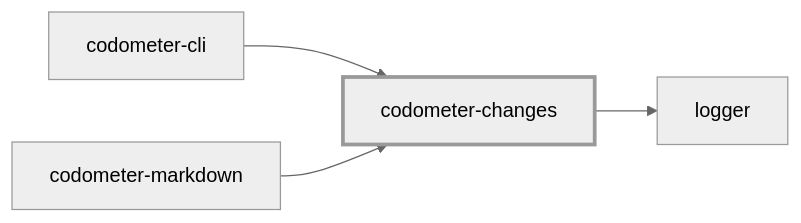
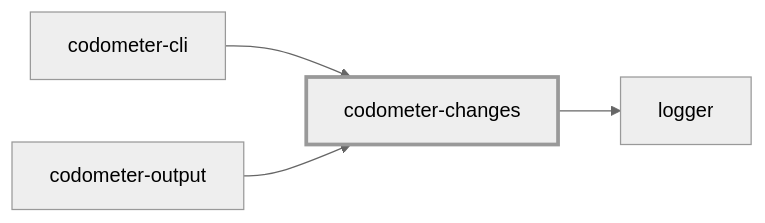
One commit to JimmyPaolini/codebase changed the first of 2 diagrams in packages/codometer-changes/README.md. Above: the diagram before and after it, drawn with Mermaid (neutral theme). The commit also changed 63 other files, not shown here.

Commit message:
feat(codometer): ✨ consolidate output rendering into codometer-output

````diff
--- a/packages/codometer-changes/README.md
+++ b/packages/codometer-changes/README.md
@@ -7,12 +7,12 @@
 ```mermaid
 flowchart LR
   codometer_changes["codometer-changes"]
   codometer_cli["codometer-cli"]
-  codometer_markdown["codometer-markdown"]
+  codometer_output["codometer-output"]
   logger["logger"]
   codometer_changes --> logger
   codometer_cli --> codometer_changes
-  codometer_markdown --> codometer_changes
+  codometer_output --> codometer_changes
   classDef subject stroke-width:3px
   class codometer_changes subject
 ```
````
